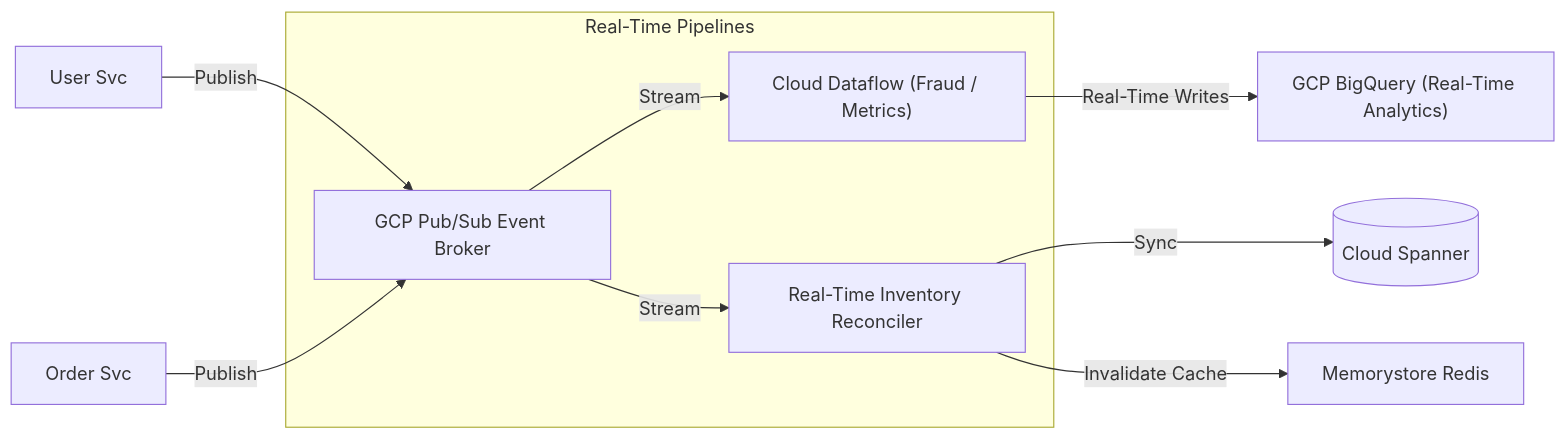
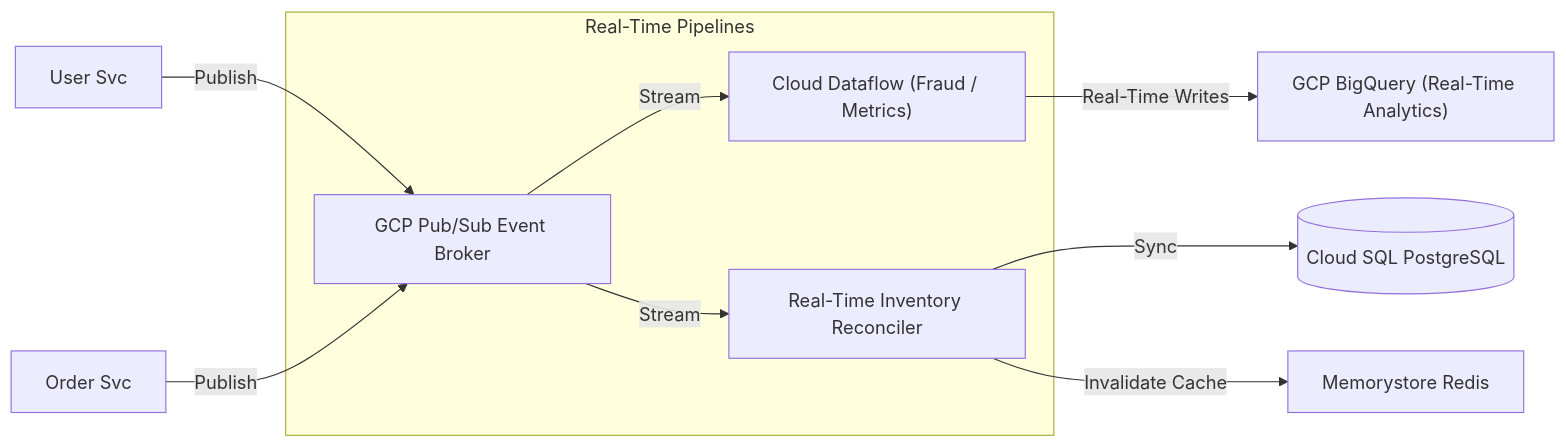
Before and after one commit to drapic88/abysalto-webshop: the fourth of 4 diagrams in doc/deep_dive.md, drawn with Mermaid. The commit also changed other lines of this file and 7 other files, not shown here.

Commit message:
Replace Cloud Spanner with PostgreSQL

````diff
--- a/doc/deep_dive.md
+++ b/doc/deep_dive.md
@@ -163,14 +163,14 @@
 ```mermaid
 graph LR
     UserSvc["User Svc"] -->|Publish| PubSub["GCP Pub/Sub Event Broker"]
     OrderSvc["Order Svc"] -->|Publish| PubSub
     
     subgraph DataflowPipelines ["Real-Time Pipelines"]
         PubSub -->|Stream| AnalyticsSvc["Cloud Dataflow (Fraud / Metrics)"]
         PubSub -->|Stream| InventorySvc["Real-Time Inventory Reconciler"]
     end
     
     AnalyticsSvc -->|Real-Time Writes| BigQuery["GCP BigQuery (Real-Time Analytics)"]
-    InventorySvc -->|Sync| Spanner[(Cloud Spanner)]
+    InventorySvc -->|Sync| Postgres[(Cloud SQL PostgreSQL)]
     InventorySvc -->|Invalidate Cache| Redis[Memorystore Redis]
 ```
````
